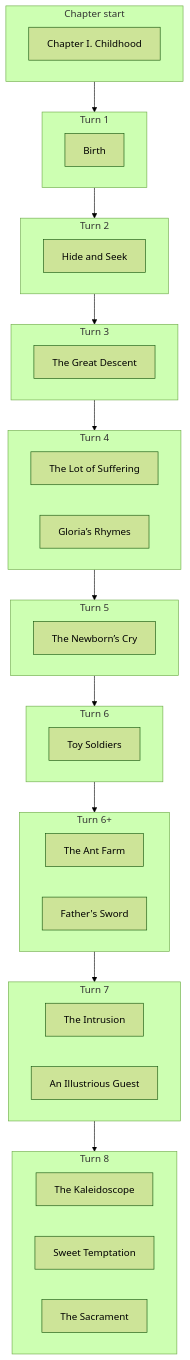
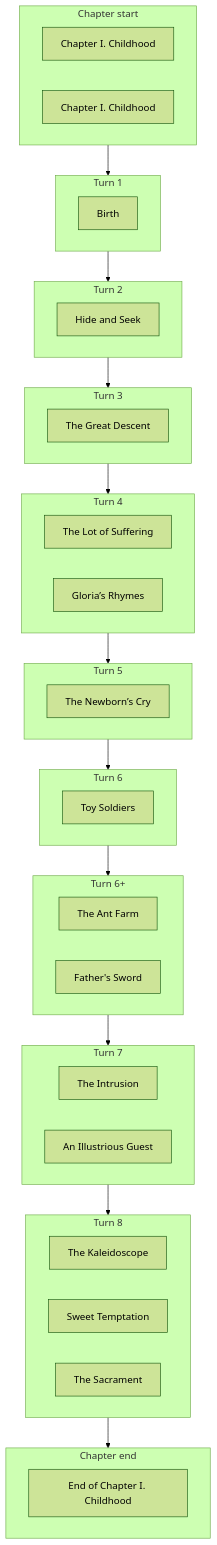
The first of 8 diagrams in docs/story/README.md (anton-scholten/Brante-Save-Load), drawn with Mermaid (forest theme) before and after one commit. The commit also changed other lines of this file and 16 other files, not shown here.

````diff
--- a/docs/story/README.md
+++ b/docs/story/README.md
@@ -24,57 +27,63 @@
 ```mermaid
 flowchart TD
   subgraph G0["Chapter start"]
     direction LR
+    childhoodpicture["Chapter I. Childhood"]
     childhoodchapterstart["Chapter I. Childhood"]
   end
   subgraph G1["Turn 1"]
     direction LR
     01_01_01["Birth"]
   end
   subgraph G2["Turn 2"]
     direction LR
     01_02_01_2["Hide and Seek"]
   end
   subgraph G3["Turn 3"]
     direction LR
     01_02_01["The Great Descent"]
   end
   subgraph G4["Turn 4"]
     direction LR
     01_03_01["The Lot of Suffering"]
     01_04_01["Gloria’s Rhymes"]
   end
   subgraph G5["Turn 5"]
     direction LR
     01_05_01["The Newborn’s Cry"]
   end
   subgraph G6["Turn 6"]
     direction LR
     01_06_01["Toy Soldiers"]
   end
   subgraph G7["Turn 6+"]
     direction LR
     01_n_01_mama["The Ant Farm"]
     01_n2_01_papa["Father's Sword"]
   end
   subgraph G8["Turn 7"]
     direction LR
     01_07_01["The Intrusion"]
     01_08_01["An Illustrious Guest"]
   end
   subgraph G9["Turn 8"]
     direction LR
     01_09_01["The Kaleidoscope"]
     01_10_01["Sweet Temptation"]
     01_11_01["The Sacrament"]
   end
+  subgraph G10["Chapter end"]
+    direction LR
+    childhoodfinishscreen["End of Chapter I. Childhood"]
+  end
   G0 --> G1
   G1 --> G2
   G2 --> G3
   G3 --> G4
   G4 --> G5
   G5 --> G6
   G6 --> G7
   G7 --> G8
   G8 --> G9
+  G9 --> G10
 ```
````
